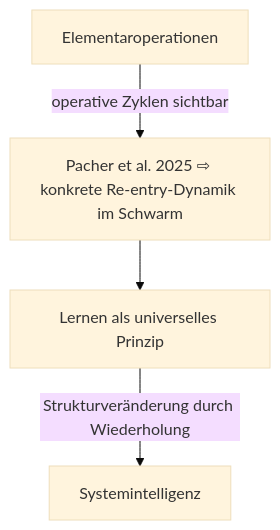
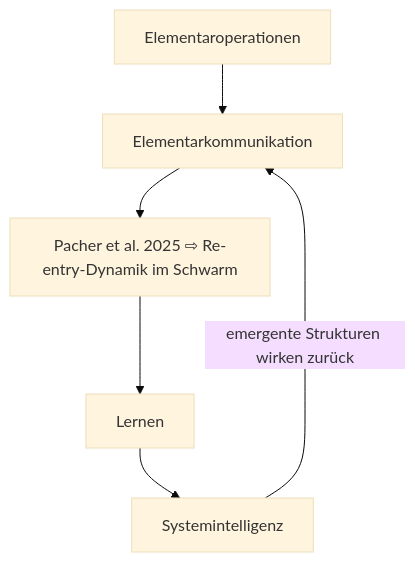
Before and after one commit to jochen-hanisch/research: the second of 3 diagrams in Fallstudien/Schwarmverhalten.md, drawn with Mermaid (base theme). The commit also changed other lines of this file, not shown here.

````diff
--- a/Fallstudien/Schwarmverhalten.md
+++ b/Fallstudien/Schwarmverhalten.md
@@ -40,11 +57,14 @@
 ```mermaid
 flowchart TB
   EO[Elementaroperationen]
-  PE[Pacher et al. 2025 ⇨ konkrete Re-entry-Dynamik im Schwarm]
-  L[Lernen als universelles Prinzip]
+  EK[Elementarkommunikation]
+  PE[Pacher et al. 2025 ⇨ Re-entry-Dynamik im Schwarm]
+  L[Lernen]
   SI[Systemintelligenz]
 
-  EO -->|operative Zyklen sichtbar| PE
+  EO --> EK
+  EK --> PE
   PE --> L
-  L -->|Strukturveränderung durch Wiederholung| SI
+  L --> SI
+  SI -->|emergente Strukturen wirken zurück| EK
 ```
````
